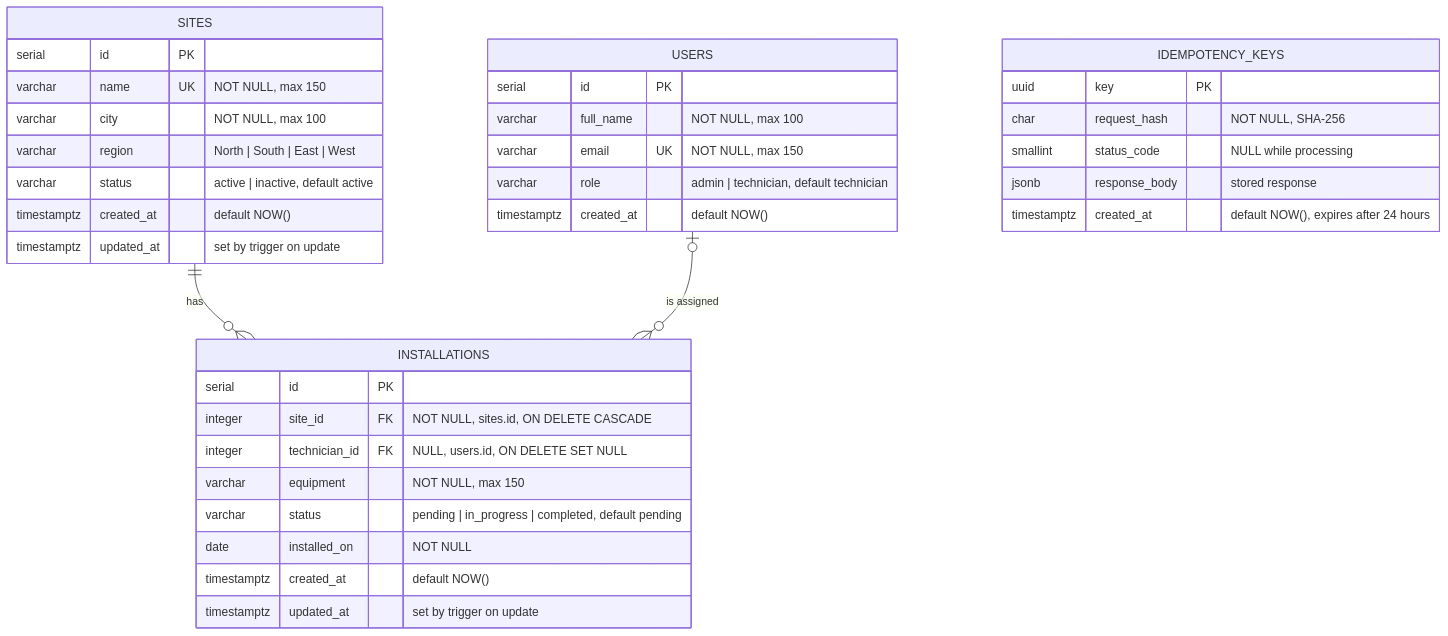
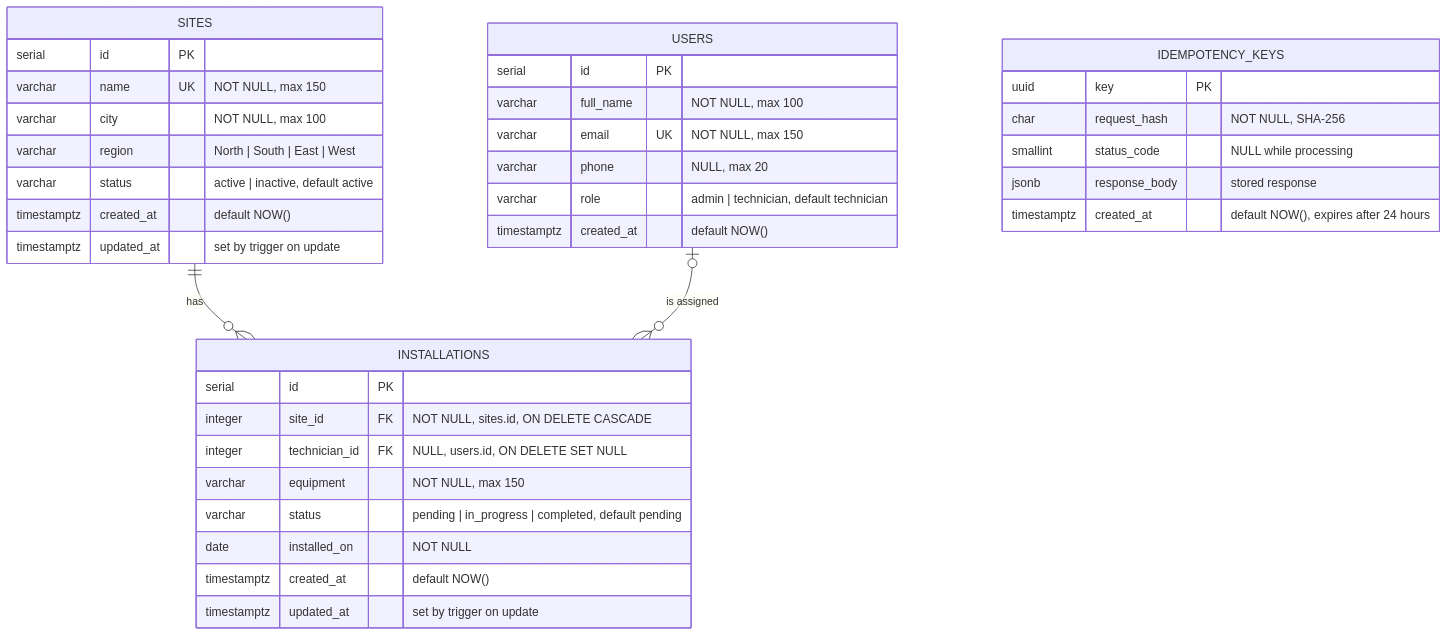
The first of 2 diagrams in docs/database.md (FlemingJohn/site-operation-dashboard), drawn with Mermaid before and after one commit. The commit also changed other lines of this file, not shown here.

Commit message:
Document user phone column

````diff
--- a/docs/database.md
+++ b/docs/database.md
@@ -7,42 +7,43 @@
 ```mermaid
 erDiagram
     SITES ||--o{ INSTALLATIONS : "has"
     USERS |o--o{ INSTALLATIONS : "is assigned"
 
     SITES {
         serial id PK
         varchar name UK "NOT NULL, max 150"
         varchar city "NOT NULL, max 100"
         varchar region "North | South | East | West"
         varchar status "active | inactive, default active"
         timestamptz created_at "default NOW()"
         timestamptz updated_at "set by trigger on update"
     }
 
     INSTALLATIONS {
         serial id PK
         integer site_id FK "NOT NULL, sites.id, ON DELETE CASCADE"
         integer technician_id FK "NULL, users.id, ON DELETE SET NULL"
         varchar equipment "NOT NULL, max 150"
         varchar status "pending | in_progress | completed, default pending"
         date installed_on "NOT NULL"
         timestamptz created_at "default NOW()"
         timestamptz updated_at "set by trigger on update"
     }
 
     USERS {
         serial id PK
         varchar full_name "NOT NULL, max 100"
         varchar email UK "NOT NULL, max 150"
+        varchar phone "NULL, max 20"
         varchar role "admin | technician, default technician"
         timestamptz created_at "default NOW()"
     }
 
     IDEMPOTENCY_KEYS {
         uuid key PK
         char request_hash "NOT NULL, SHA-256"
         smallint status_code "NULL while processing"
         jsonb response_body "stored response"
         timestamptz created_at "default NOW(), expires after 24 hours"
     }
 ```
````
